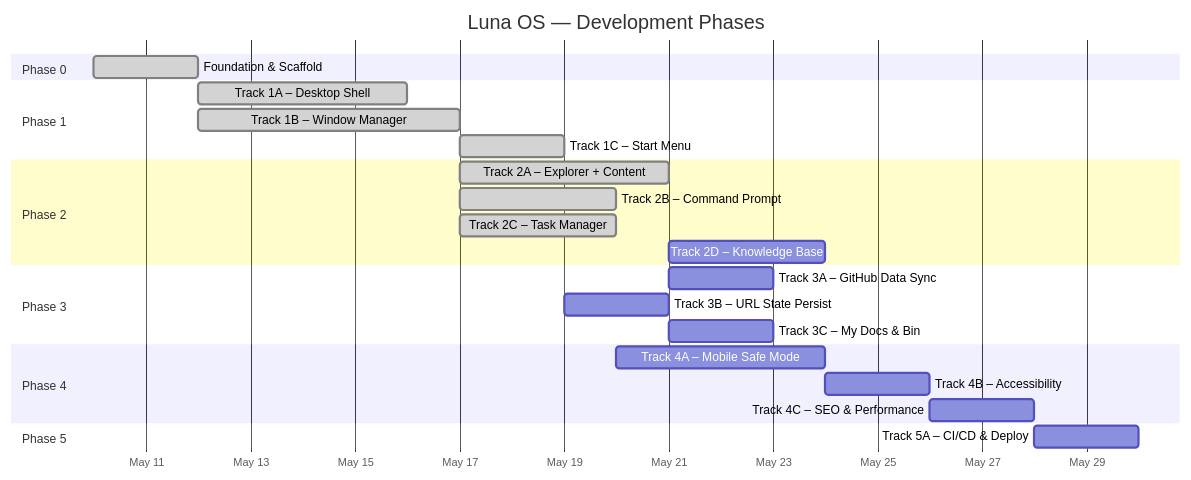
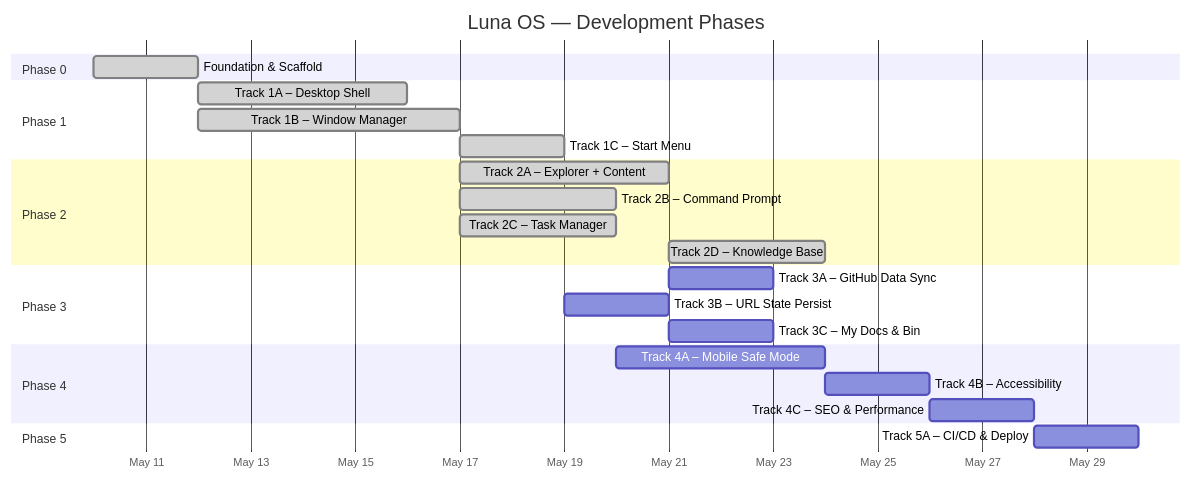
One commit to mansyar/portfolio-v3 changed the first of 2 diagrams in docs/ROADMAP.md. Above: the diagram before and after it, drawn with Mermaid. The commit also changed other lines of this file and 6 other files, not shown here.

Commit message:
docs(conductor): Update PRD, TDD, and ROADMAP for Knowledge Base track

````diff
--- a/docs/ROADMAP.md
+++ b/docs/ROADMAP.md
@@ -11,33 +11,33 @@
 ```mermaid
 gantt
     title Luna OS — Development Phases
     dateFormat  YYYY-MM-DD
     axisFormat  %b %d
 
     section Phase 0
     Foundation & Scaffold         :done, p0, 2026-05-10, 2d
 
     section Phase 1
     Track 1A – Desktop Shell      :done, p1a, after p0, 4d
     Track 1B – Window Manager     :done, p1b, after p0, 5d
     Track 1C – Start Menu         :done, p1c, after p1b, 2d
 
     section Phase 2
     Track 2A – Explorer + Content :done, p2a, after p1b, 4d
     Track 2B – Command Prompt     :done, p2b, after p1b, 3d
     Track 2C – Task Manager       :done, p2c, after p1b, 3d
-    Track 2D – Knowledge Base     :p2d, after p2a, 3d
+    Track 2D – Knowledge Base     :done, p2d, after p2a, 3d
 
     section Phase 3
     Track 3A – GitHub Data Sync   :p3a, after p2a, 2d
     Track 3B – URL State Persist  :p3b, after p1c, 2d
     Track 3C – My Docs & Bin      :p3c, after p2a, 2d
 
     section Phase 4
     Track 4A – Mobile Safe Mode   :p4a, after p2b, 4d
     Track 4B – Accessibility      :p4b, after p4a, 2d
     Track 4C – SEO & Performance  :p4c, after p4b, 2d
 
     section Phase 5
     Track 5A – CI/CD & Deploy     :p5a, after p4c, 2d
 ```
````
